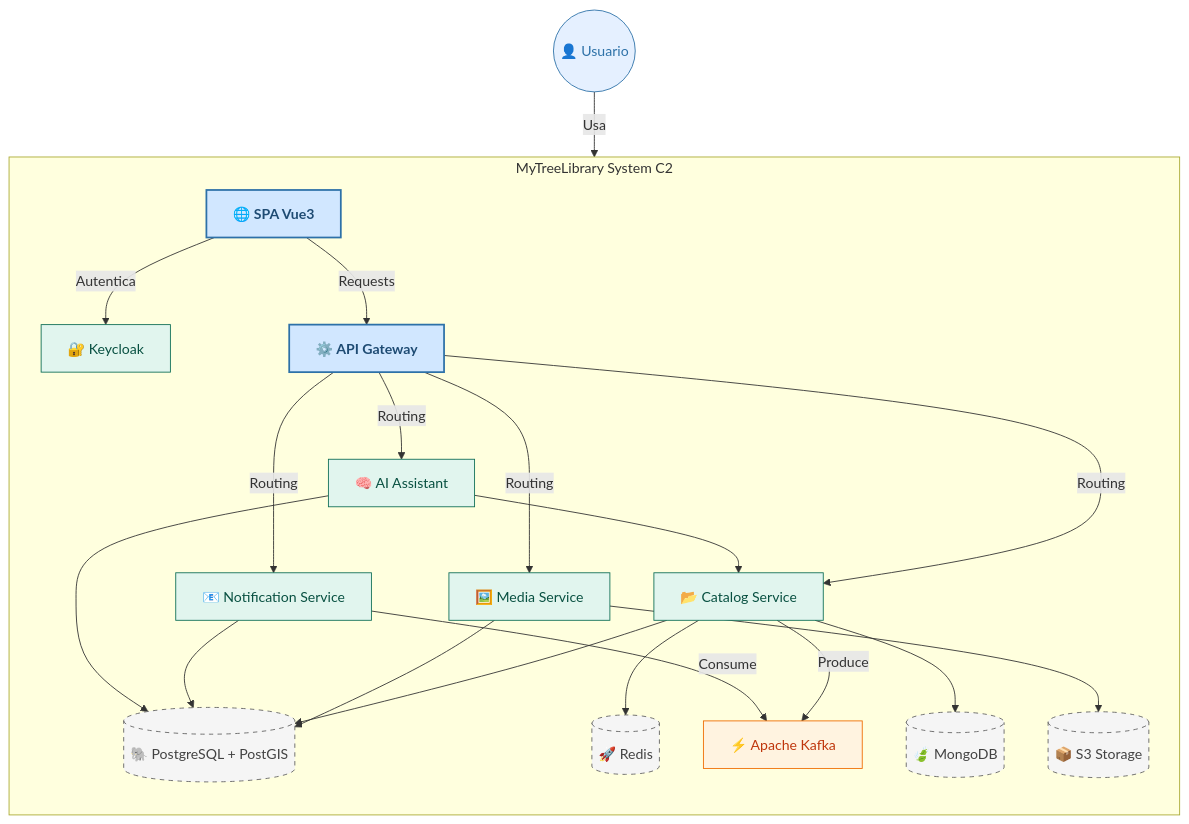
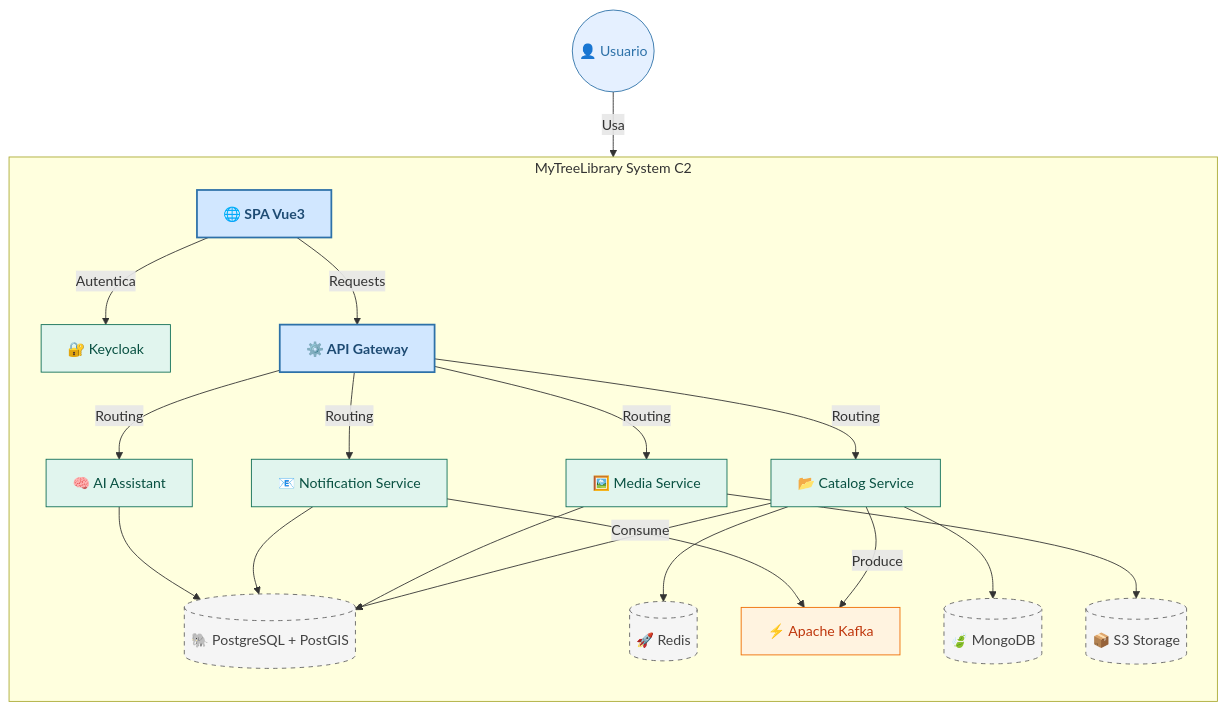
One commit to ldefrutos1/AI4Devs-finalproject changed the second of 19 diagrams in readme.md. Above: the diagram before and after it, drawn with Mermaid. The commit also changed other lines of this file and 5 other files, not shown here.

````diff
--- a/readme.md
+++ b/readme.md
@@ -268,59 +271,58 @@
 ```mermaid
 flowchart TB
     %% --- Estilos ---
     classDef user fill:#E5F0FF,stroke:#2D71A8,stroke-width:1px,color:#2D71A8;
     classDef web fill:#D1E7FF,stroke:#2D71A8,stroke-width:2px,color:#1E4B73,font-weight:bold;
     classDef service fill:#E1F5EE,stroke:#0F6E56,stroke-width:1px,color:#085041;
     classDef infra fill:#FFF3E0,stroke:#EF6C00,stroke-width:1px,color:#BF360C;
     classDef db fill:#F5F5F5,stroke:#616161,stroke-width:1px,color:#424242,stroke-dasharray: 5 5;
 
     %% --- Usuario ---
     U(("👤 Usuario")):::user
 
     %% --- Límite del Sistema ---
     subgraph mtl["MyTreeLibrary System C2"]
         direction TB
         
         %% Frontend y Entrada
         SPA["🌐 SPA Vue3"]:::web
         GW["⚙️ API Gateway"]:::web
         
         %% Servicios
         KC["🔐 Keycloak"]:::service
         CAT["📂 Catalog Service"]:::service
         MED["🖼️ Media Service"]:::service
         NOT["📧 Notification Service"]:::service
         AIS["🧠 AI Assistant"]:::service
         
         %% Infraestructura y Datos
         K["⚡ Apache Kafka"]:::infra
         PG[("🐘 PostgreSQL + PostGIS")]:::db
         MG[("🍃 MongoDB")]:::db
         RD[("🚀 Redis")]:::db
         OBJ[("📦 S3 Storage")]:::db
     end
 
     %% --- Relaciones ---
     U -->|Usa| SPA
     SPA -->|Autentica| KC
     SPA -->|Requests| GW
     
     GW -->|Routing| CAT
     GW -->|Routing| MED
     GW -->|Routing| AIS
     GW -->|Routing| NOT
     
     CAT --> PG
     CAT --> RD
     CAT -->|Produce| K
     CAT --> MG
     
     MED --> PG
     MED --> OBJ
     
     NOT --> PG
     NOT -->|Consume| K
     
     AIS --> PG
-    AIS --> CAT
 ```
````
